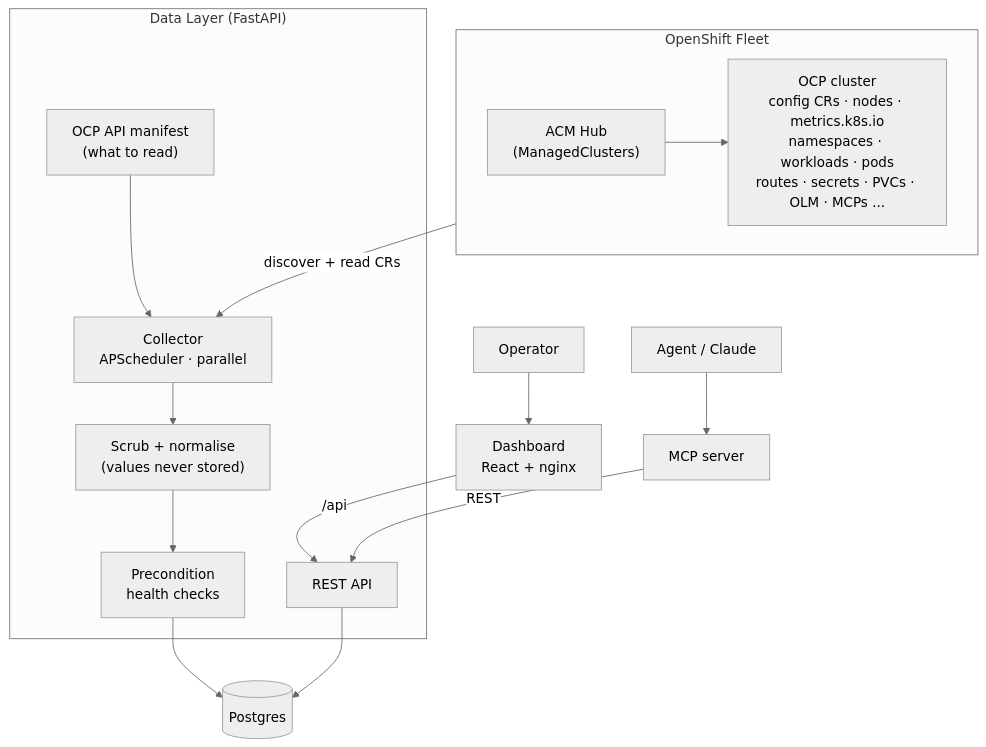
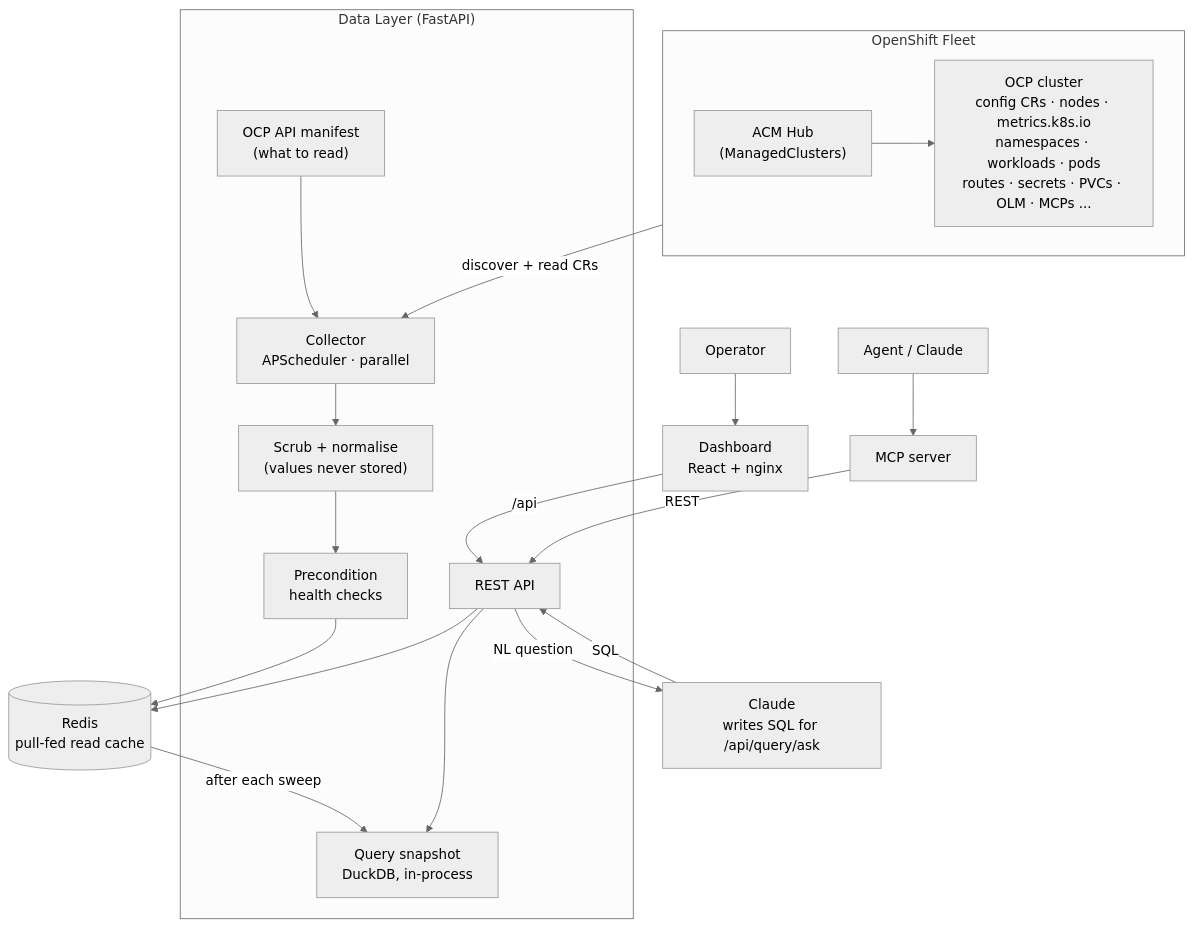
Before and after one commit to aasthapit/Operations-Data-Layer: the first of 6 diagrams in docs/architecture.md, drawn with Mermaid (neutral theme). The commit also changed other lines of this file and 61 other files, not shown here.

````diff
--- a/docs/architecture.md
+++ b/docs/architecture.md
@@ -14,34 +17,40 @@
 ```mermaid
 flowchart TB
   user["Operator"]
   agent["Agent / Claude"]
 
   subgraph fleet["OpenShift Fleet"]
     direction LR
     hub["ACM Hub<br/>(ManagedClusters)"]
     ocp["OCP cluster<br/>config CRs · nodes · metrics.k8s.io<br/>namespaces · workloads · pods<br/>routes · secrets · PVCs · OLM · MCPs ..."]
     hub --> ocp
   end
 
   subgraph dl["Data Layer (FastAPI)"]
     manifest["OCP API manifest<br/>(what to read)"]
     collector["Collector<br/>APScheduler · parallel"]
     scrub["Scrub + normalise<br/>(values never stored)"]
     checks["Precondition<br/>health checks"]
     api["REST API"]
+    snap["Query snapshot<br/>DuckDB, in-process"]
     manifest --> collector
     collector --> scrub --> checks
   end
 
-  db[("Postgres")]
+  redis[("Redis<br/>pull-fed read cache")]
   dash["Dashboard<br/>React + nginx"]
   mcp["MCP server"]
+  claude["Claude<br/>writes SQL for /api/query/ask"]
 
   fleet -->|"discover + read CRs"| collector
-  checks --> db
-  api --> db
+  checks --> redis
+  api --> redis
+  redis -->|"after each sweep"| snap
+  api --> snap
+  api -->|"NL question"| claude
+  claude -->|"SQL"| api
   dash -->|"/api"| api
   mcp -->|"REST"| api
   agent --> mcp
   user --> dash
 ```
````
